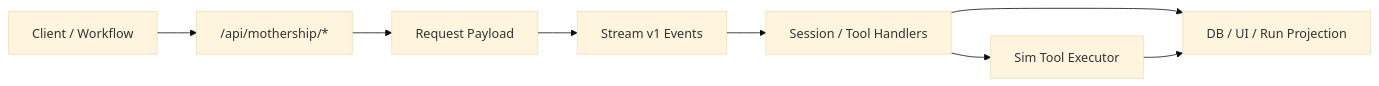
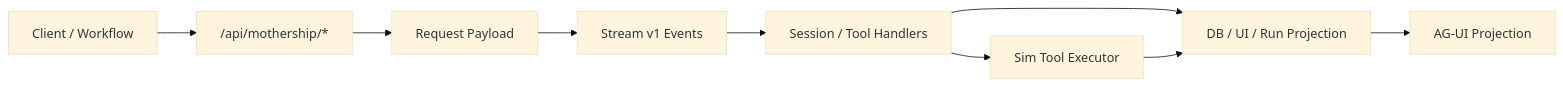
Before and after one commit to nfbs2000/speaky-sim: the first of 2 diagrams in site/docs/index.md, drawn with Mermaid (base theme). The commit also changed other lines of this file and 6 other files, not shown here.

````diff
--- a/site/docs/index.md
+++ b/site/docs/index.md
@@ -14,10 +15,11 @@
 ```mermaid
 flowchart LR
   Client["Client / Workflow"] --> Route["/api/mothership/*"]
   Route --> Payload["Request Payload"]
   Payload --> Stream["Stream v1 Events"]
   Stream --> Dispatcher["Session / Tool Handlers"]
   Dispatcher --> Tools["Sim Tool Executor"]
   Dispatcher --> Projection["DB / UI / Run Projection"]
+  Projection --> Agui["AG-UI Projection"]
   Tools --> Projection
 ```
````
